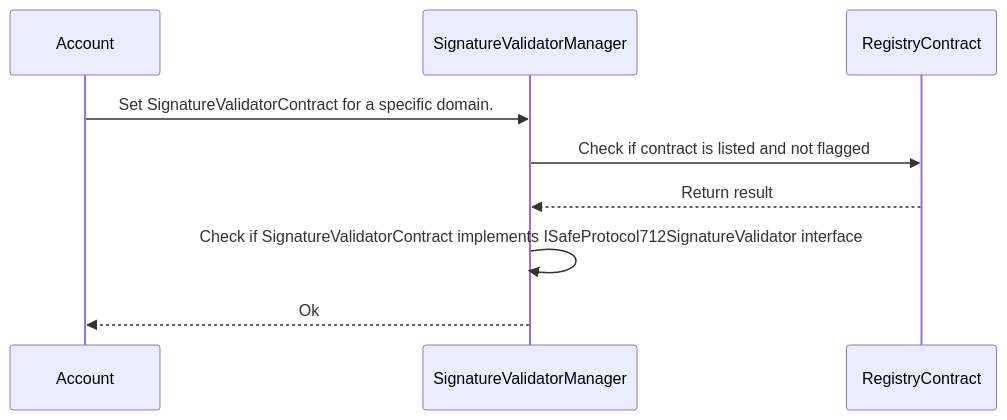
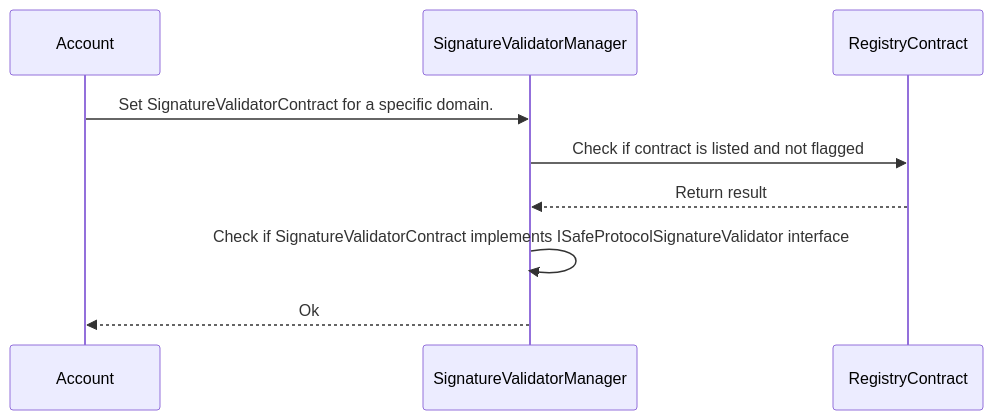
Before and after one commit to 5afe/safe-core-protocol-specs: the first of 2 diagrams in modules/README.md, drawn with Mermaid. The commit also changed other lines of this file, not shown here.

````diff
--- a/modules/README.md
+++ b/modules/README.md
@@ -208,12 +240,12 @@
 ```mermaid
 sequenceDiagram
 	participant Account
 	participant SignatureValidatorManager
 	participant RegistryContract
 
 	Account->>SignatureValidatorManager: Set SignatureValidatorContract for a specific domain.
 		SignatureValidatorManager->>RegistryContract: Check if contract is listed and not flagged
 		RegistryContract-->>SignatureValidatorManager: Return result
-    SignatureValidatorManager->>SignatureValidatorManager: Check if SignatureValidatorContract implements ISafeProtocol712SignatureValidator interface
+    SignatureValidatorManager->>SignatureValidatorManager: Check if SignatureValidatorContract implements ISafeProtocolSignatureValidator interface
     SignatureValidatorManager-->>Account: Ok
 ```
````
